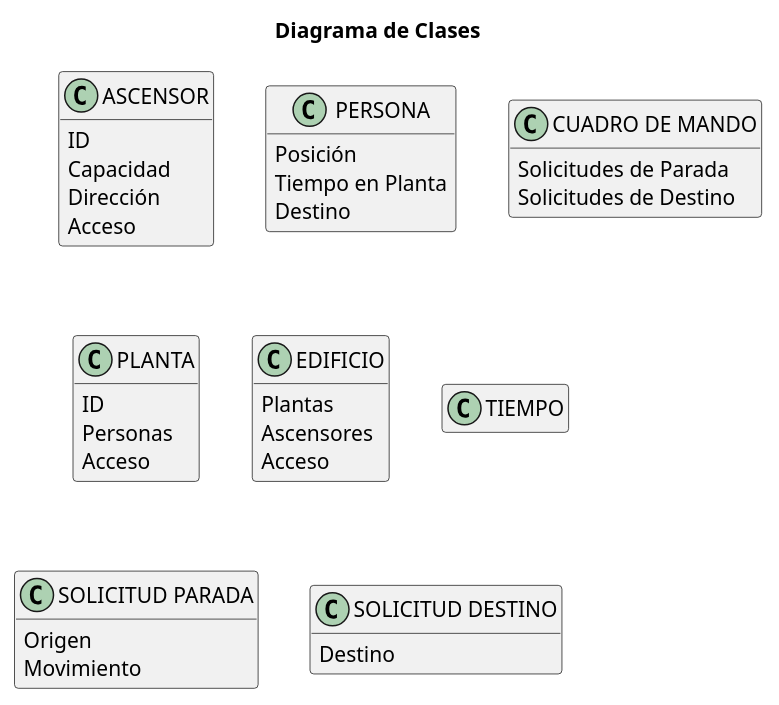
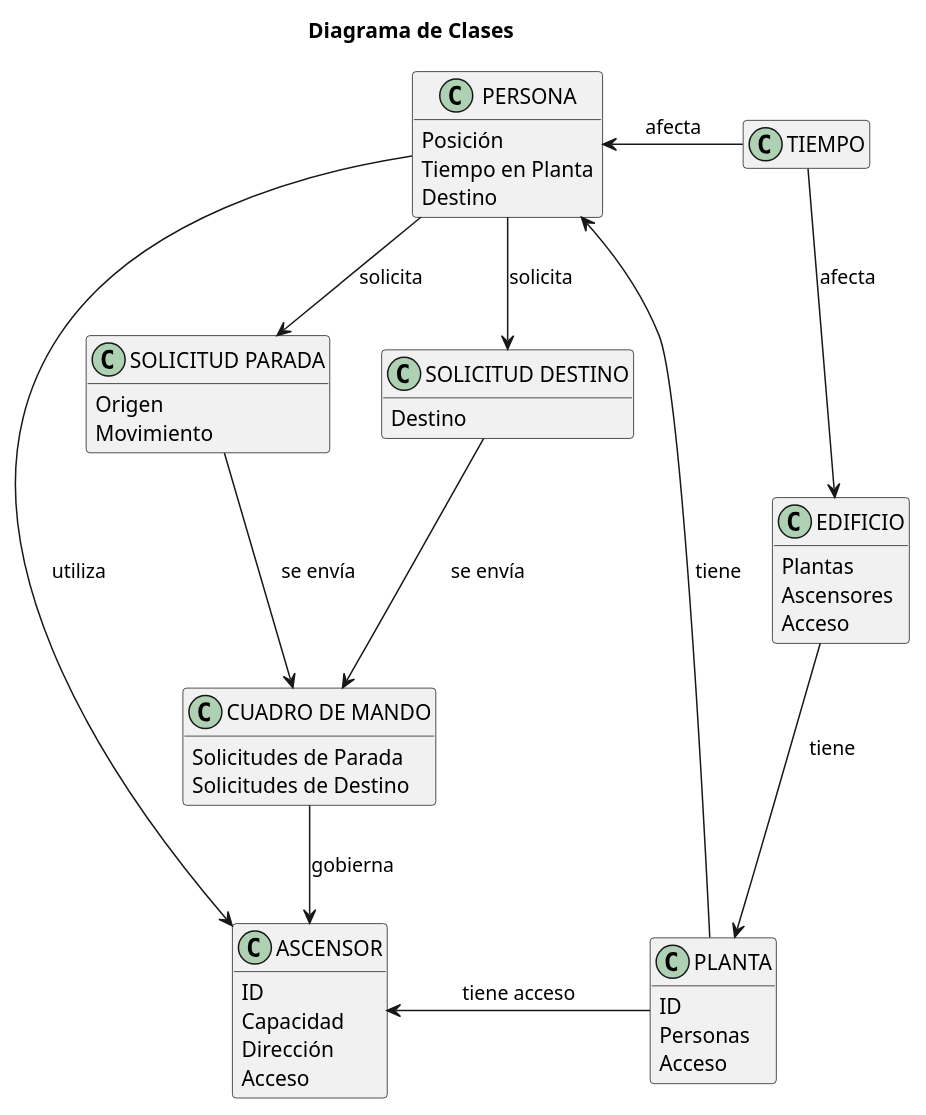
Before and after one commit to mmasias/23-24-IdSw2-SDD: the diagram in docs/Modelo_de_Dominio/Diagramas_de_Clases/Diagrama_de_Clases.puml, drawn with PlantUML.

Commit message:
Agregados enlaces entre edificio, planta, persona y ascensor en el diagrama de clases

```diff
--- a/docs/Modelo_de_Dominio/Diagramas_de_Clases/Diagrama_de_Clases.puml
+++ b/docs/Modelo_de_Dominio/Diagramas_de_Clases/Diagrama_de_Clases.puml
@@ -1,62 +1,77 @@
 @startuml Diagrama_de_Clases
 
 title Diagrama de Clases
 
 skinparam {
     NoteBackgroundColor #whiteSmoke
 }
 
 hide empty members
 
 class ASCENSOR 
 {
     ID
     Capacidad
     Dirección
     Acceso
 }
 
 class PERSONA 
 {
     Posición
     Tiempo en Planta
     Destino
 }
 
 class "CUADRO DE MANDO"
 {
     Solicitudes de Parada
     Solicitudes de Destino
 }
 
 class PLANTA 
 {
     ID
     Personas
     Acceso
 }
 
 class EDIFICIO 
 {
     Plantas
     Ascensores
     Acceso
 }
 
 class TIEMPO 
 {
 
 }
 
 class "SOLICITUD PARADA"
 {
     Origen
     Movimiento
 }
 
 class "SOLICITUD DESTINO"
 {
     Destino
 }
 
+
+EDIFICIO --> PLANTA : tiene
+PLANTA --> PERSONA : tiene
+PLANTA -left-> ASCENSOR : tiene acceso
+PERSONA --> ASCENSOR : utiliza
+
+PERSONA --> "SOLICITUD PARADA" : solicita
+PERSONA --> "SOLICITUD DESTINO" : solicita
+"CUADRO DE MANDO" --> ASCENSOR : gobierna
+"SOLICITUD PARADA" --> "CUADRO DE MANDO" : se envía
+"SOLICITUD DESTINO" --> "CUADRO DE MANDO" : se envía
+
+TIEMPO -left-> PERSONA : afecta
+TIEMPO --> EDIFICIO : afecta
+
 @enduml
```
